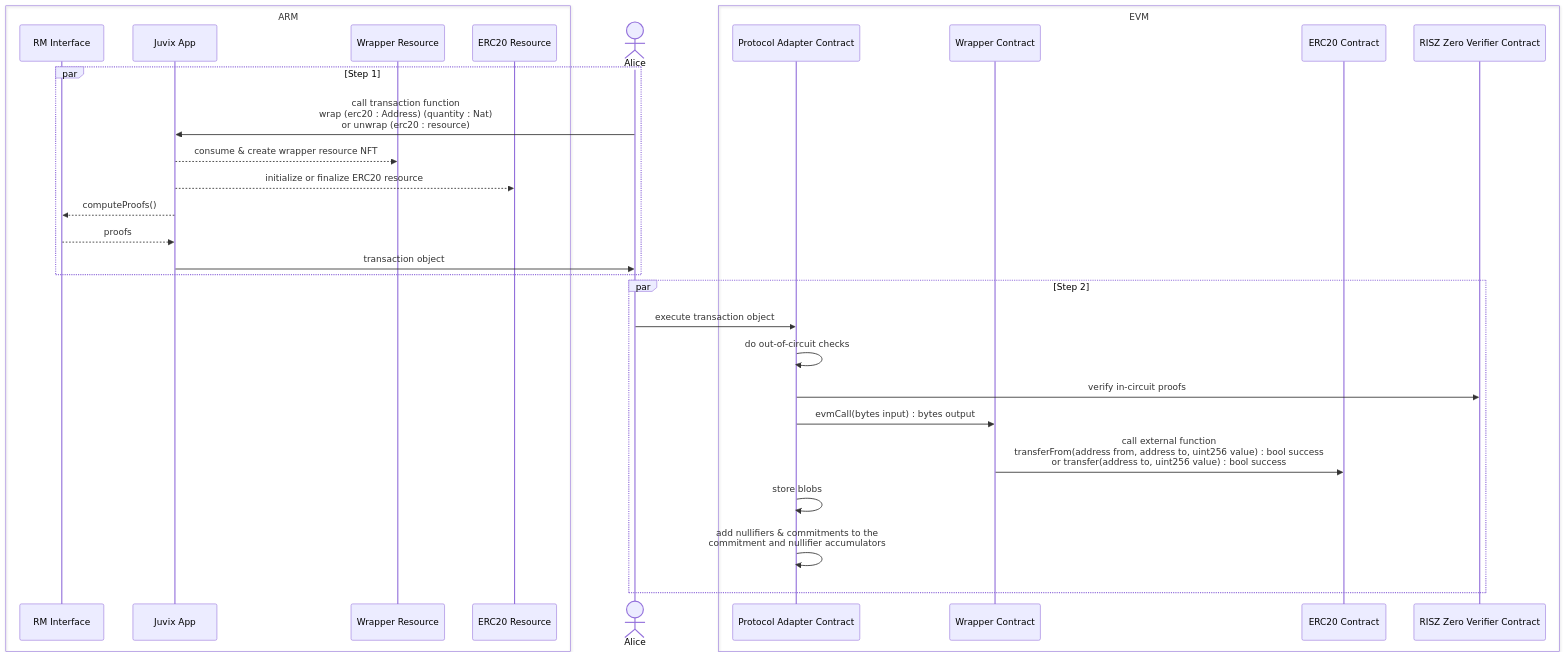
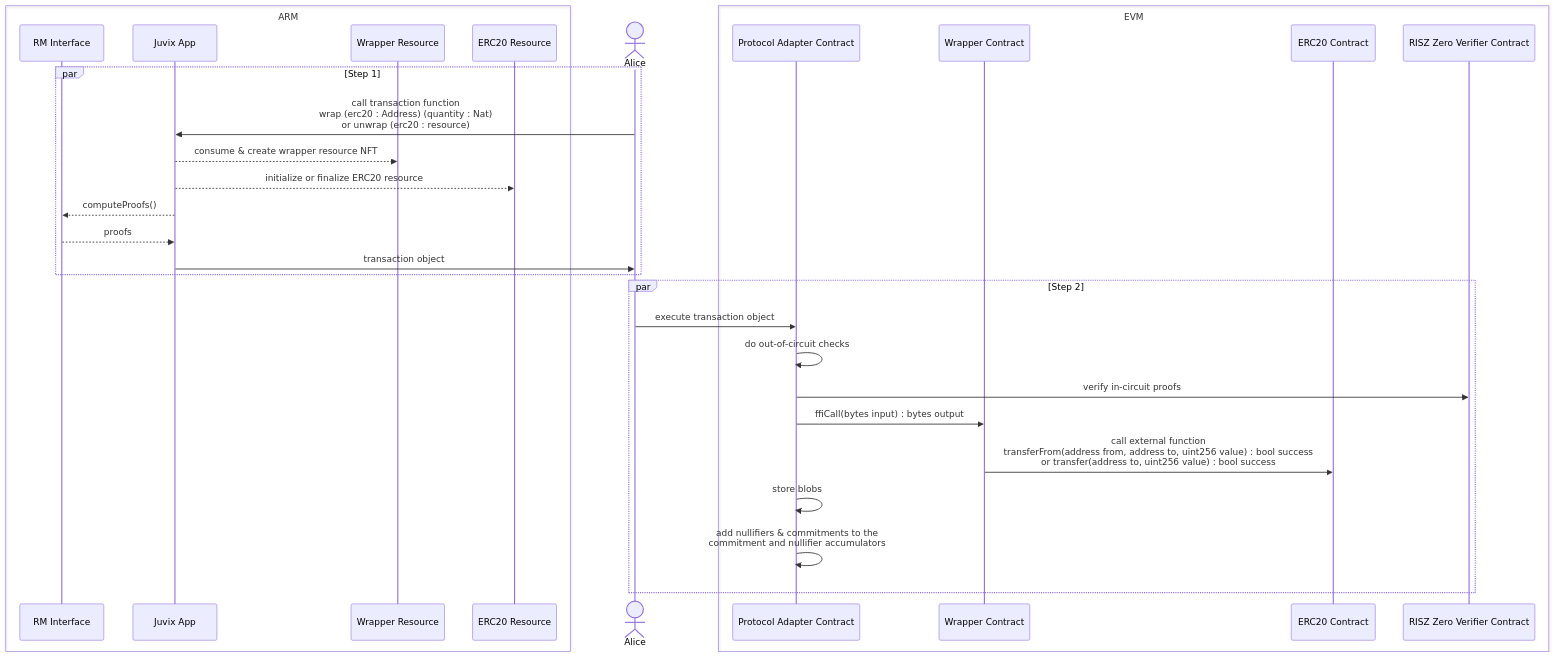
The third of 3 diagrams in README.md (anoma/evm-protocol-adapter), drawn with Mermaid before and after one commit. The commit also changed 7 other files, not shown here.

````diff
--- a/README.md
+++ b/README.md
@@ -71,39 +71,39 @@
 ```mermaid
 sequenceDiagram
   box ARM
     participant rm as RM Interface
     participant app as Juvix App
     participant wr as Wrapper Resource
     participant er as ERC20 Resource
   end
   #participant ip as Intent Pool
   #participant mp as Mem Pool
   actor a as Alice
   #actor b as Bob
   box EVM
     participant pa as Protocol Adapter Contract
     participant wc as Wrapper Contract
     participant ec as  ERC20 Contract
     participant r0 as  RISZ Zero Verifier Contract
   end
 
   par Step 1
     a ->> app : call transaction function <br> wrap (erc20 : Address) (quantity : Nat) <br> or unwrap (erc20 : resource)
     app -->> wr : consume & create wrapper resource NFT
     app -->> er : initialize or finalize ERC20 resource
     app -->> rm : computeProofs()
     rm -->> app : proofs
     app ->> a : transaction object
   end
 
   par Step 2
     a ->> pa : execute transaction object
     pa ->> pa : do out-of-circuit checks
     pa ->> r0 : verify in-circuit proofs
-    pa ->> wc : evmCall(bytes input) : bytes output
+    pa ->> wc : ffiCall(bytes input) : bytes output
     wc ->> ec : call external function <br>transferFrom(address from, address to, uint256 value) : bool success <br> or transfer(address to, uint256 value) : bool success
     pa ->> pa : store blobs
     pa ->> pa : add nullifiers & commitments to the <br> commitment and nullifier accumulators
 
   end
 ```
````
